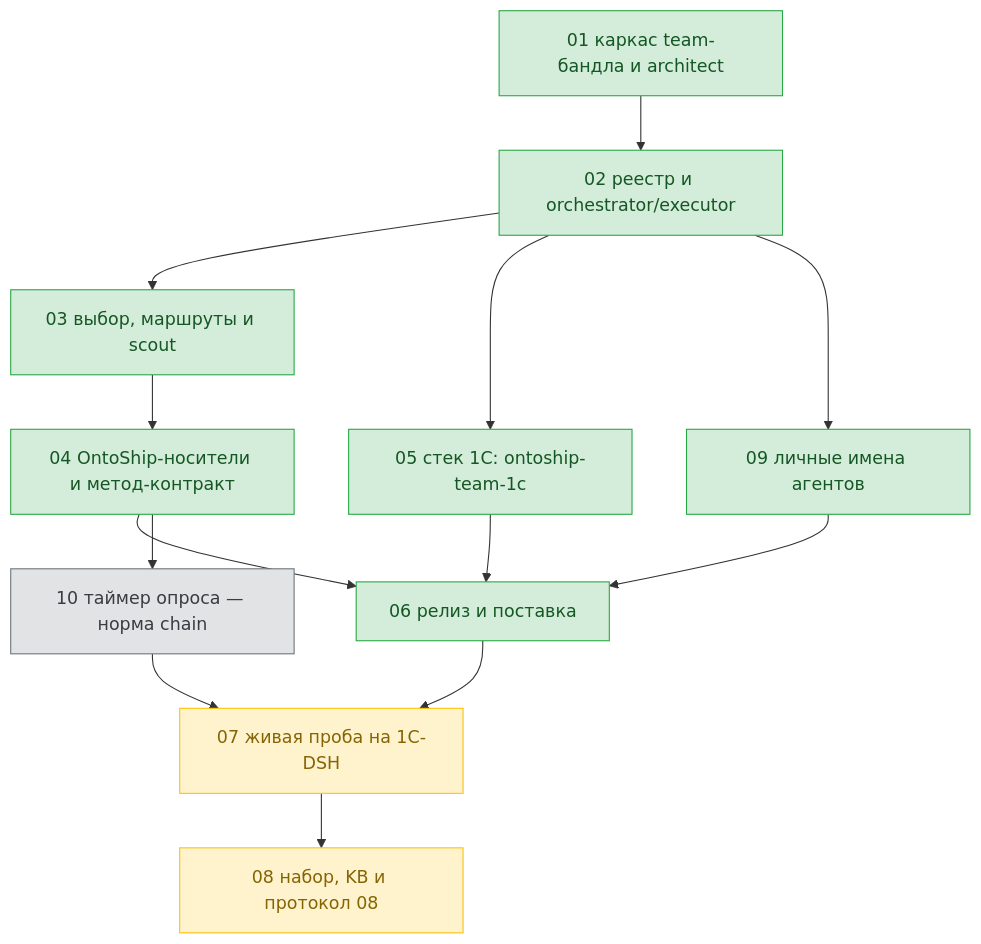
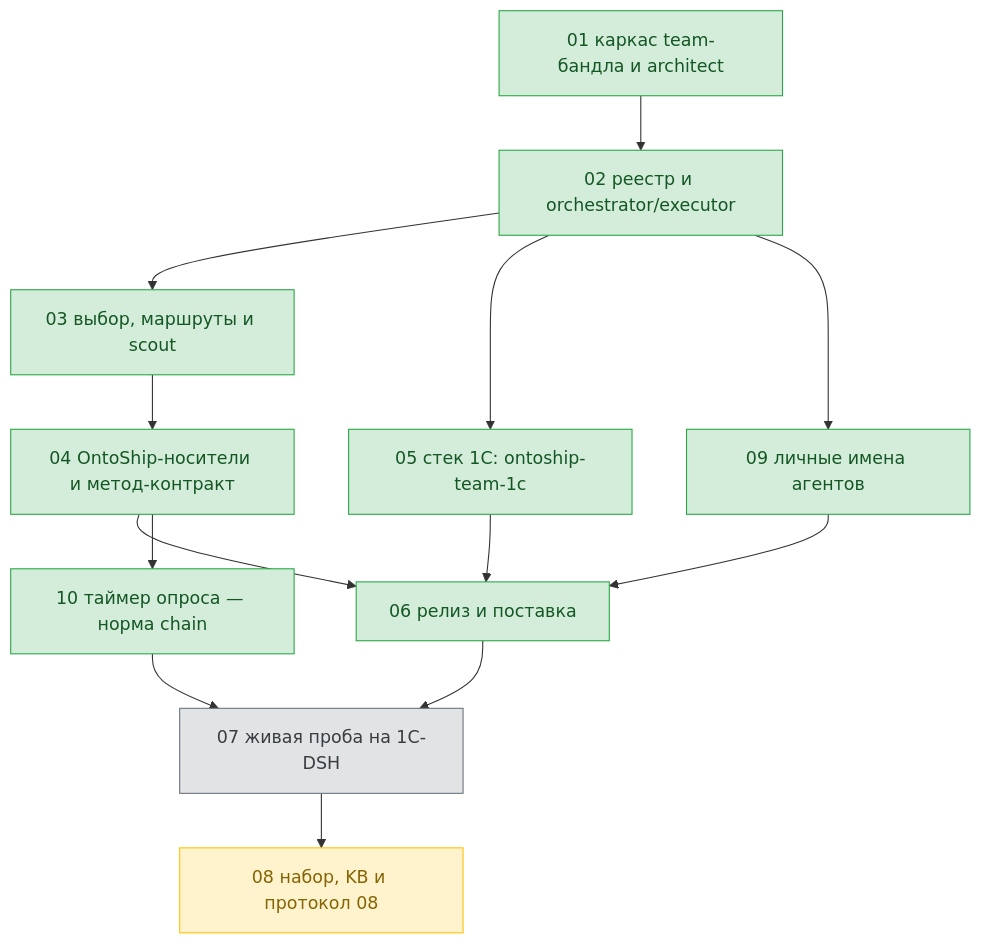
Before and after one commit to ntin60775/ontoship-ntin: the diagram in tickets/team-profiles/dag.md, drawn with Mermaid. The commit also changed other lines of this file and 4 other files, not shown here.

````diff
--- a/tickets/team-profiles/dag.md
+++ b/tickets/team-profiles/dag.md
@@ -11,35 +11,35 @@
 ```mermaid
 flowchart TD
   T01["01 каркас team-бандла и architect"]
   T02["02 реестр и orchestrator/executor"]
   T03["03 выбор, маршруты и scout"]
   T04["04 OntoShip-носители и метод-контракт"]
   T05["05 стек 1C: ontoship-team-1c"]
   T06["06 релиз и поставка"]
   T07["07 живая проба на 1C-DSH"]
   T08["08 набор, KB и протокол 08"]
   T09["09 личные имена агентов"]
   T10["10 таймер опроса — норма chain"]
 
   T01 --> T02
   T02 --> T03
   T02 --> T05
   T02 --> T09
   T03 --> T04
   T04 --> T06
   T04 --> T10
   T05 --> T06
   T09 --> T06
   T06 --> T07
   T10 --> T07
   T07 --> T08
 
   classDef done fill:#d4edda,stroke:#28a745,color:#155724;
   classDef running fill:#cce5ff,stroke:#007bff,color:#004085;
   classDef pending fill:#e2e3e5,stroke:#6c757d,color:#383d41;
   classDef waiting fill:#fff3cd,stroke:#ffc107,color:#856404;
 
-  class T01,T02,T03,T04,T05,T06,T09 done;
-  class T10 pending;
-  class T07,T08 waiting;
+  class T01,T02,T03,T04,T05,T06,T09,T10 done;
+  class T07 pending;
+  class T08 waiting;
 ```
````
